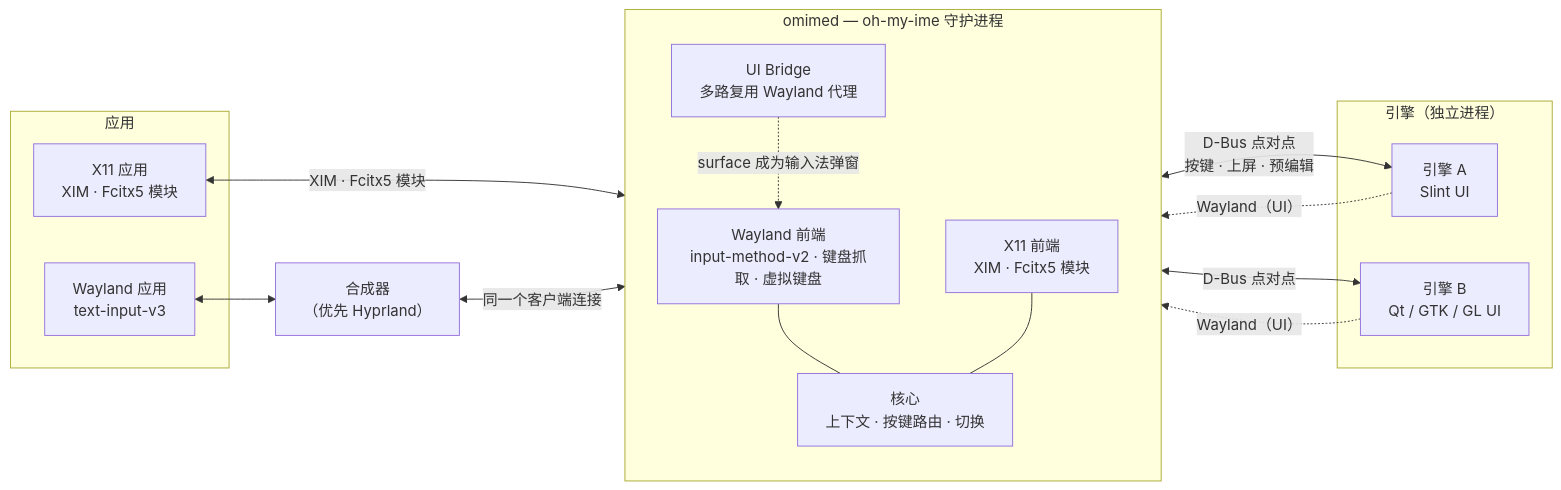
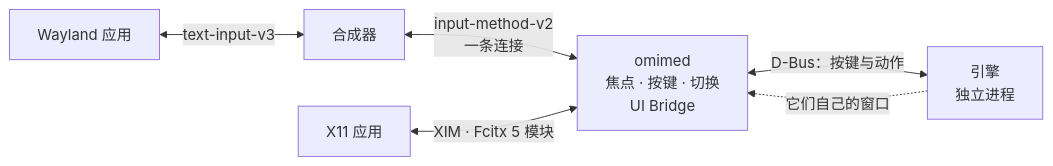
Before and after one commit to Ign1x/oh-my-ime: the diagram in README.zh-CN.md, drawn with Mermaid. The commit also changed other lines of this file and 1 other file, not shown here.

````diff
--- a/README.zh-CN.md
+++ b/README.zh-CN.md
@@ -62,29 +40,8 @@
 ```mermaid
 flowchart LR
-    subgraph Apps["应用"]
-      A1["Wayland 应用<br/>text-input-v3"]
-      A2["X11 应用<br/>XIM · Fcitx5 模块"]
-    end
-    C["合成器<br/>（优先 Hyprland）"]
-    subgraph D["omimed — oh-my-ime 守护进程"]
-      direction TB
-      W["Wayland 前端<br/>input-method-v2 · 键盘抓取 · 虚拟键盘"]
-      X["X11 前端<br/>XIM · Fcitx5 模块"]
-      R["核心<br/>上下文 · 按键路由 · 切换"]
-      B["UI Bridge<br/>多路复用 Wayland 代理"]
-    end
-    subgraph E["引擎（独立进程）"]
-      E1["引擎 A<br/>Slint UI"]
-      E2["引擎 B<br/>Qt / GTK / GL UI"]
-    end
-    A1 <--> C
-    A2 <-->|"XIM · Fcitx5 模块"| X
-    C <-->|"同一个客户端连接"| W
-    W --- R
-    X --- R
-    R <-->|"D-Bus 点对点<br/>按键 · 上屏 · 预编辑"| E1
-    R <-->|"D-Bus 点对点"| E2
-    E1 -.->|"Wayland（UI）"| B
-    E2 -.->|"Wayland（UI）"| B
-    B -.->|"surface 成为输入法弹窗"| W
+    W["Wayland 应用"] <-->|"text-input-v3"| C["合成器"]
+    C <-->|"input-method-v2<br/>一条连接"| D["omimed<br/>焦点 · 按键 · 切换<br/>UI Bridge"]
+    X["X11 应用"] <-->|"XIM · Fcitx 5 模块"| D
+    D <-->|"D-Bus：按键与动作"| E["引擎<br/>独立进程"]
+    E -.->|"它们自己的窗口"| D
 ```
````
